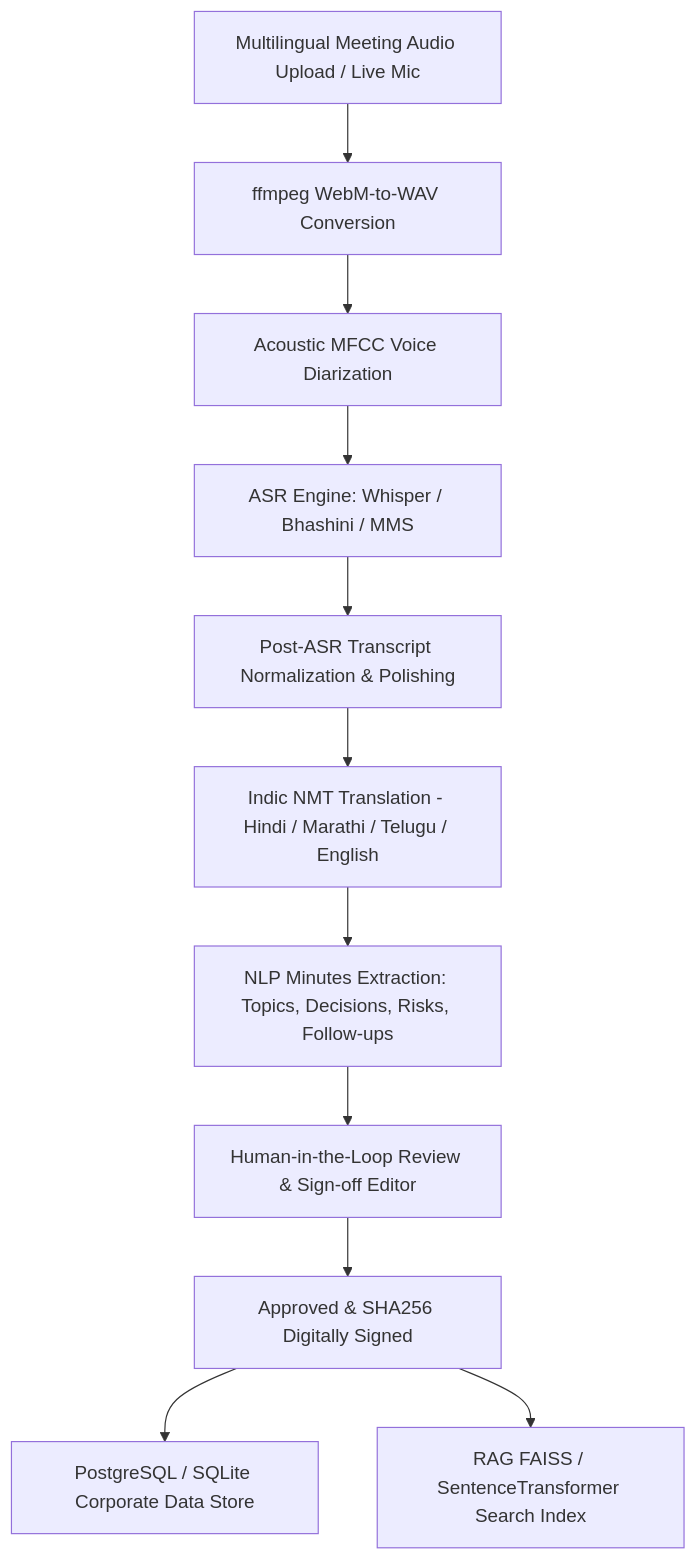
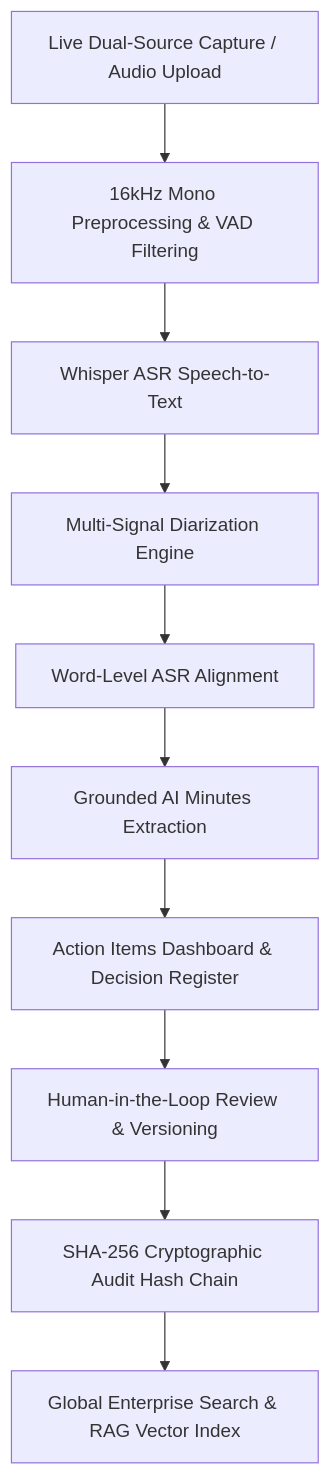
One commit to avummdedhiaa24-ship-it/minutes_analyzer changed the diagram in README.md. Above: the diagram before and after it, drawn with Mermaid. The commit also changed other lines of this file and 14 other files, not shown here.

Commit message:
feat(enterprise-os): add Action Items Execution Dashboard, Decision Register, Multi-Tenant models, dynamic 7-signal inspector, and updated README

````diff
--- a/README.md
+++ b/README.md
@@ -11,13 +9,12 @@
 ```mermaid
 graph TD
-    A[Multilingual Meeting Audio Upload / Live Mic] --> B[ffmpeg WebM-to-WAV Conversion]
-    B --> C[Acoustic MFCC Voice Diarization]
-    C --> D[ASR Engine: Whisper / Bhashini / MMS]
-    D --> E[Post-ASR Transcript Normalization & Polishing]
-    E --> F[Indic NMT Translation - Hindi / Marathi / Telugu / English]
-    F --> G[NLP Minutes Extraction: Topics, Decisions, Risks, Follow-ups]
-    G --> H[Human-in-the-Loop Review & Sign-off Editor]
-    H --> I[Approved & SHA256 Digitally Signed]
-    I --> J[PostgreSQL / SQLite Corporate Data Store]
-    I --> K[RAG FAISS / SentenceTransformer Search Index]
+    A[Live Dual-Source Capture / Audio Upload] --> B[16kHz Mono Preprocessing & VAD Filtering]
+    B --> C[Whisper ASR Speech-to-Text]
+    C --> D[Multi-Signal Diarization Engine]
+    D --> E[Word-Level ASR Alignment]
+    E --> F[Grounded AI Minutes Extraction]
+    F --> G[Action Items Dashboard & Decision Register]
+    G --> H[Human-in-the-Loop Review & Versioning]
+    H --> I[SHA-256 Cryptographic Audit Hash Chain]
+    I --> J[Global Enterprise Search & RAG Vector Index]
 ```
````
